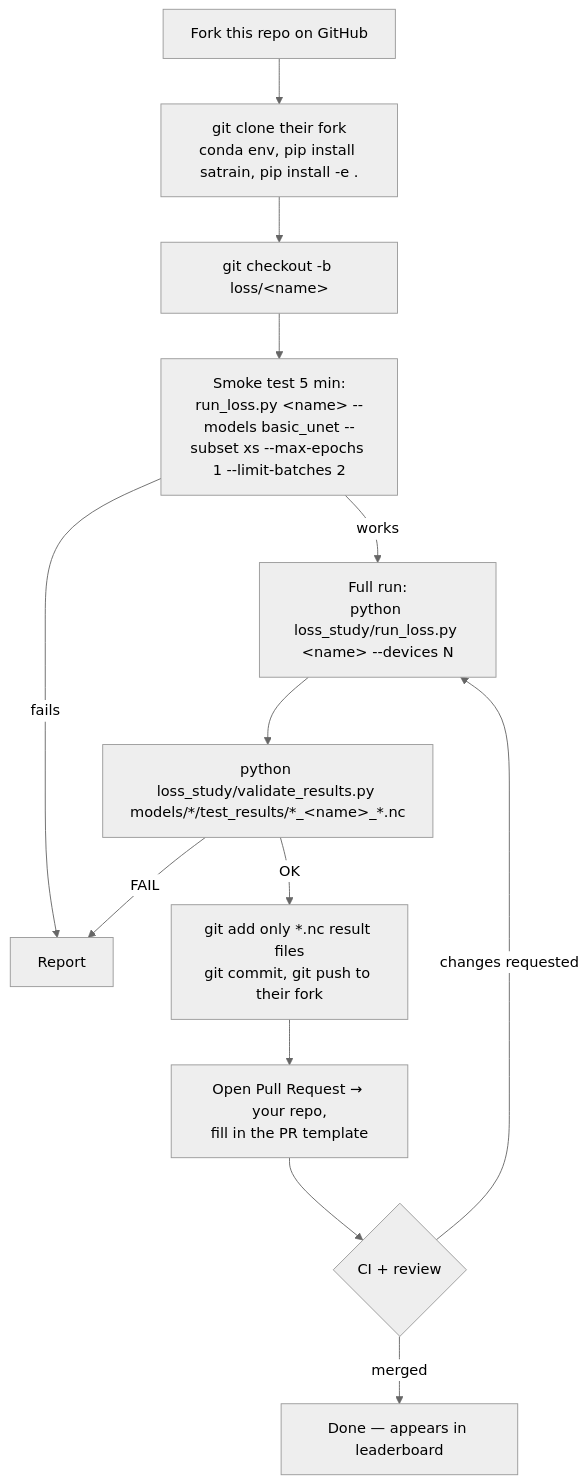
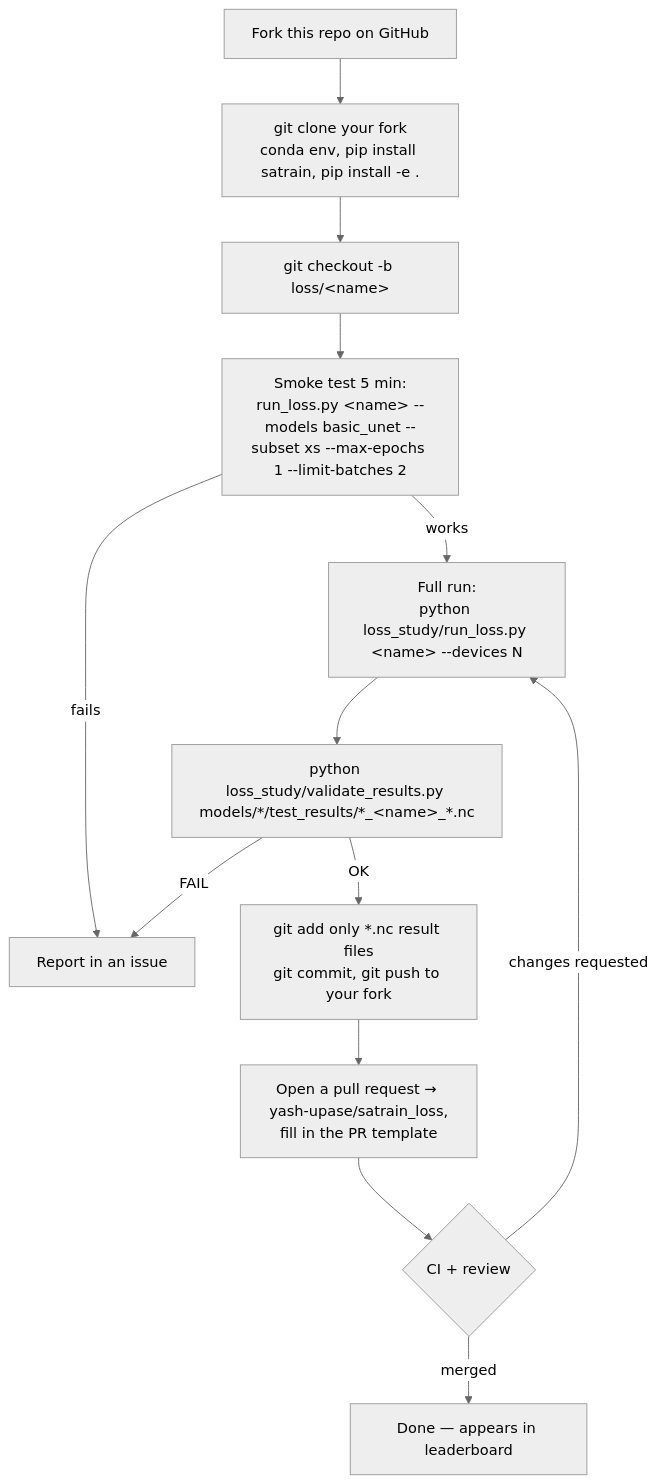
One commit to yash-upase/satrain_loss changed the seventh of 9 diagrams in loss_study/STUDY_GUIDE.md. Above: the diagram before and after it, drawn with Mermaid (neutral theme). The commit also changed other lines of this file and 4 other files, not shown here.

````diff
--- a/loss_study/STUDY_GUIDE.md
+++ b/loss_study/STUDY_GUIDE.md
@@ -385,15 +375,15 @@
 ```mermaid
 flowchart TD
-    A[Fork this repo on GitHub] --> B[git clone their fork<br/>conda env, pip install satrain, pip install -e .]
+    A[Fork this repo on GitHub] --> B[git clone your fork<br/>conda env, pip install satrain, pip install -e .]
     B --> C[git checkout -b loss/&lt;name&gt;]
     C --> D[Smoke test 5 min:<br/>run_loss.py &lt;name&gt; --models basic_unet --subset xs --max-epochs 1 --limit-batches 2]
     D -->|works| E[Full run:<br/>python loss_study/run_loss.py &lt;name&gt; --devices N]
-    D -->|fails| Z[Report]
+    D -->|fails| Z[Report in an issue]
     E --> F[python loss_study/validate_results.py models/*/test_results/*_&lt;name&gt;_*.nc]
     F -->|FAIL| Z
-    F -->|OK| G[git add only *.nc result files<br/>git commit, git push to their fork]
-    G --> H[Open Pull Request → your repo,<br/>fill in the PR template]
+    F -->|OK| G[git add only *.nc result files<br/>git commit, git push to your fork]
+    G --> H[Open a pull request → yash-upase/satrain_loss,<br/>fill in the PR template]
     H --> I{CI + review}
     I -->|changes requested| E
     I -->|merged| J[Done — appears in leaderboard]
 ```
````
